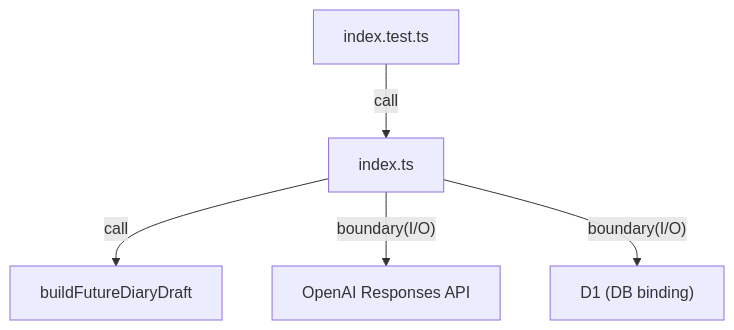
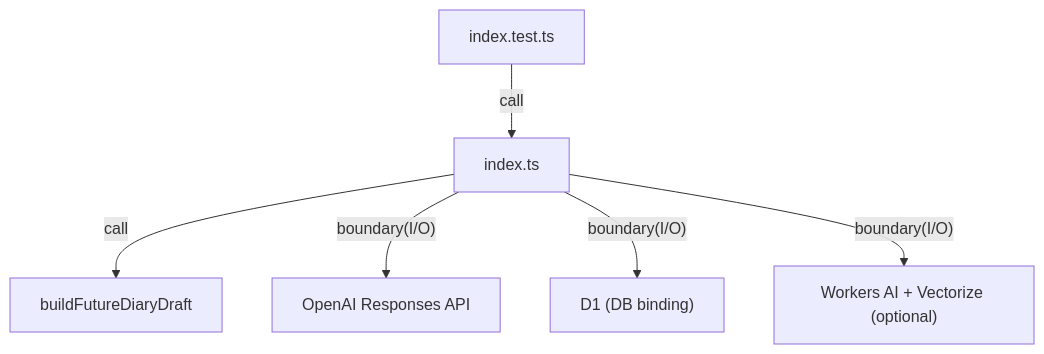
Before and after one commit to YotaroMatsui/future_diary: the diagram in apps/api/src/README.md, drawn with Mermaid. The commit also changed other lines of this file and 5 other files, not shown here.

````diff
--- a/apps/api/src/README.md
+++ b/apps/api/src/README.md
@@ -162,7 +162,8 @@
 ```mermaid
 flowchart TD
   IDX["index.ts"] -->|"call"| CORE["buildFutureDiaryDraft"]
   IDX -->|"boundary(I/O)"| OA["OpenAI Responses API"]
   IDX -->|"boundary(I/O)"| D1["D1 (DB binding)"]
+  IDX -->|"boundary(I/O)"| VEC["Workers AI + Vectorize (optional)"]
   T["index.test.ts"] -->|"call"| IDX
 ```
````
